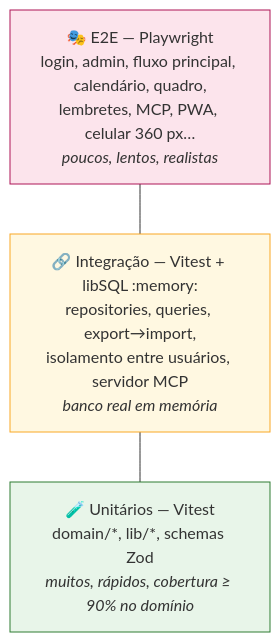
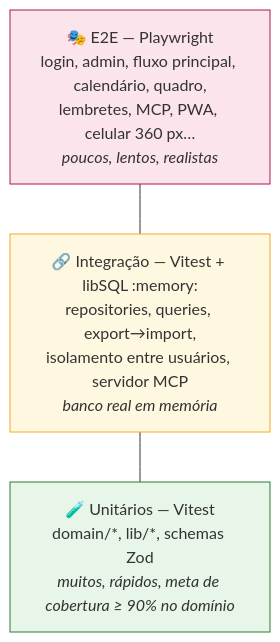
Diagram 21 of 24 in docs/GUIA-ARQUITETURA.md (rkenjiak/concurso), drawn with Mermaid before and after one commit. The commit also changed other lines of this file and 4 other files, not shown here.

````diff
--- a/docs/GUIA-ARQUITETURA.md
+++ b/docs/GUIA-ARQUITETURA.md
@@ -709,11 +722,11 @@
 ```mermaid
 flowchart TB
   E2E["🎭 E2E — Playwright<br/>login, admin, fluxo principal, calendário, quadro,<br/>lembretes, MCP, PWA, celular 360 px…<br/><i>poucos, lentos, realistas</i>"]
   INT["🔗 Integração — Vitest + libSQL :memory:<br/>repositories, queries, export→import,<br/>isolamento entre usuários, servidor MCP<br/><i>banco real em memória</i>"]
-  UNI["🧪 Unitários — Vitest<br/>domain/*, lib/*, schemas Zod<br/><i>muitos, rápidos, cobertura ≥ 90% no domínio</i>"]
+  UNI["🧪 Unitários — Vitest<br/>domain/*, lib/*, schemas Zod<br/><i>muitos, rápidos, meta de cobertura ≥ 90% no domínio</i>"]
   E2E --- INT --- UNI
 
   style UNI fill:#e8f5e9,stroke:#2e7d32
   style INT fill:#fff8e1,stroke:#f9a825
   style E2E fill:#fce4ec,stroke:#ad1457
 ```
````
